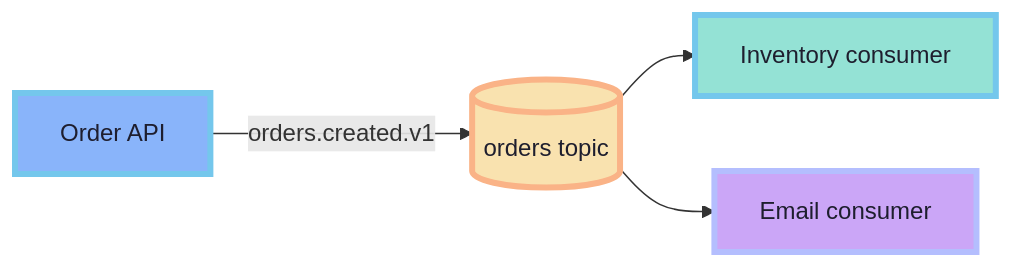
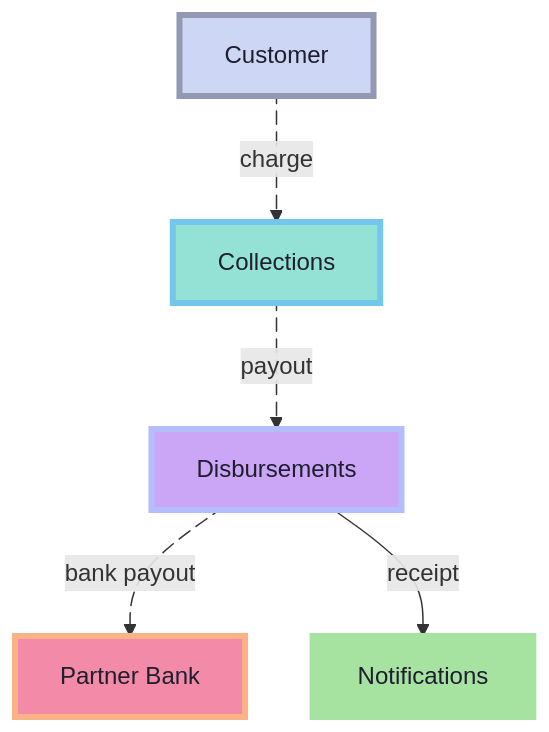
The third of 40 diagrams in content/slides/go-labs-eda-go-kafka/slides.md (hmajid2301/blog), drawn with Mermaid before and after one commit. The commit also changed other lines of this file and 10 other files, not shown here.

````diff
--- a/content/slides/go-labs-eda-go-kafka/slides.md
+++ b/content/slides/go-labs-eda-go-kafka/slides.md
@@ -111,16 +113,23 @@
 ```mermaid
-flowchart LR
-    P["Order API"] -->|"orders.created.v1"| T[("orders topic")]
-    T --> C1["Inventory consumer"]
-    T --> C2["Email consumer"]
+%%{init: {"themeVariables": {"fontSize": "16px"}, "flowchart": {"nodeSpacing": 45, "rankSpacing": 60}}}%%
+flowchart TD
+    U["Customer"] charge@-->|"charge"| COL["Collections"]
+    COL payout@-->|"payout"| DIS["Disbursements"]
+    DIS bankCall@-->|"bank payout"| BANK["Partner Bank"]
+    DIS receipt@-->|"receipt"| NOTIF["Notifications"]
+    charge@{ animation: slow }
+    payout@{ animation: slow }
+    bankCall@{ animation: slow }
 
-    classDef producer fill:#89b4fa,stroke:#74c7ec,stroke-width:4px,color:#1e1e2e;
-    classDef topic fill:#f9e2af,stroke:#fab387,stroke-width:4px,color:#1e1e2e;
-    classDef consumer1 fill:#94e2d5,stroke:#74c7ec,stroke-width:4px,color:#1e1e2e;
-    classDef consumer2 fill:#cba6f7,stroke:#b4befe,stroke-width:4px,color:#1e1e2e;
+    classDef client fill:#cdd6f4,stroke:#9399b2,stroke-width:4px,color:#1e1e2e;
+    classDef collections fill:#94e2d5,stroke:#74c7ec,stroke-width:4px,color:#1e1e2e;
+    classDef disbursements fill:#cba6f7,stroke:#b4befe,stroke-width:4px,color:#1e1e2e;
+    classDef bank fill:#f38ba8,stroke:#fab387,stroke-width:4px,color:#1e1e2e;
+    classDef notifications fill:#a6e3a1,stroke:#a6e3a1,stroke-width:4px,color:#1e1e2e;
 
-    class P producer;
-    class T topic;
-    class C1 consumer1;
-    class C2 consumer2;
+    class U client;
+    class COL collections;
+    class DIS disbursements;
+    class BANK bank;
+    class NOTIF notifications;
 ```
````
